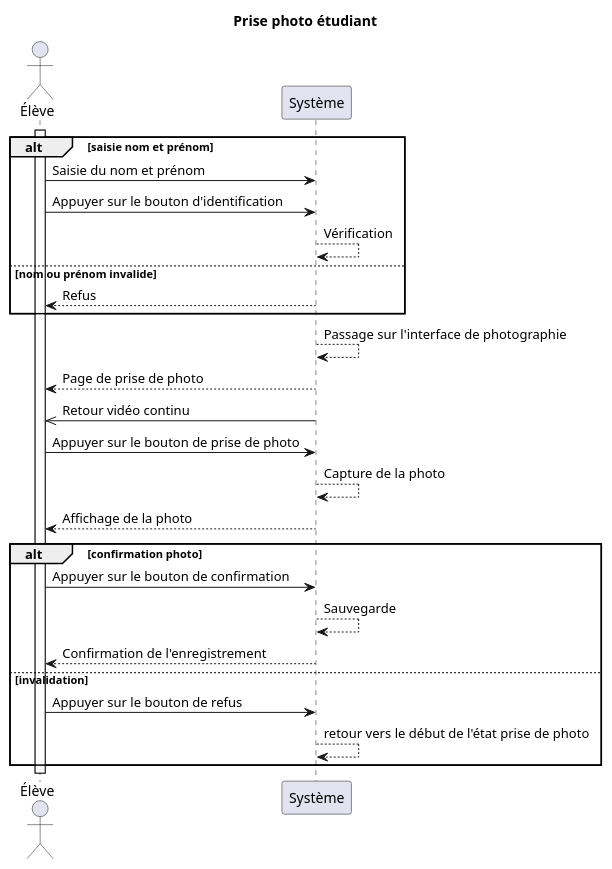
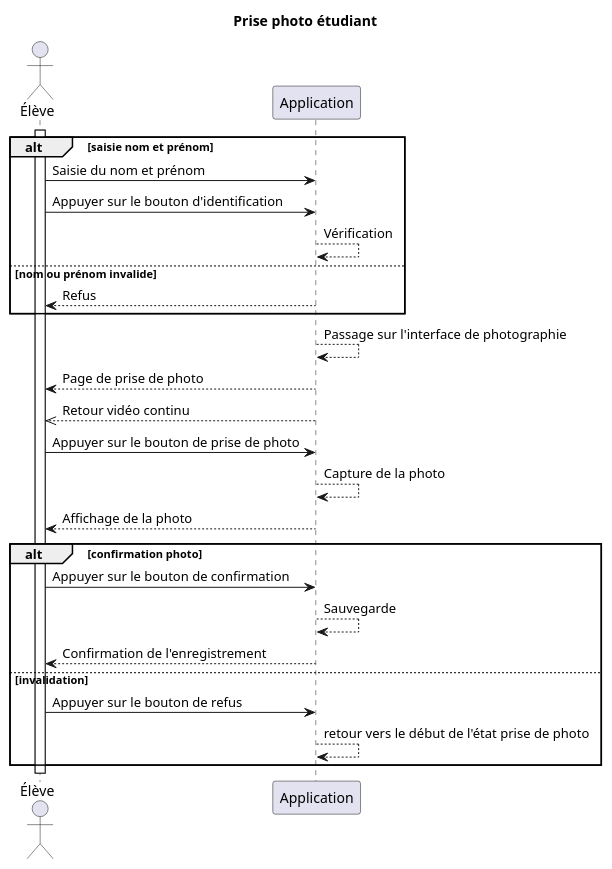
The diagram in Diagrammes/use_case_etudiant_prend_photo.wsd (pandadorable/Trombinoscope), drawn with PlantUML before and after one commit. The commit also changed 2 other files, not shown here.

Commit message:
diagrammes : add api, fix composant, fix traitement

```diff
--- a/Diagrammes/use_case_etudiant_prend_photo.wsd
+++ b/Diagrammes/use_case_etudiant_prend_photo.wsd
@@ -1,30 +1,30 @@
 @startuml etudiant_prend_photo
 title Prise photo étudiant
 actor Élève
 activate Élève
 alt saisie nom et prénom
-     Élève-> Système: Saisie du nom et prénom
-     Élève-> Système: Appuyer sur le bouton d'identification
-     Système--> Système : Vérification
+     Élève-> Application: Saisie du nom et prénom
+     Élève-> Application: Appuyer sur le bouton d'identification
+     Application--> Application : Vérification
 else nom ou prénom invalide
-     Système--> Élève: Refus
+     Application--> Élève: Refus
 end
 
-Système--> Système : Passage sur l'interface de photographie
-Système--> Élève: Page de prise de photo
-Système->> Élève: Retour vidéo continu
+Application--> Application : Passage sur l'interface de photographie
+Application--> Élève: Page de prise de photo
+Application-->> Élève: Retour vidéo continu
 
-Élève-> Système: Appuyer sur le bouton de prise de photo
-Système--> Système : Capture de la photo
-Système--> Élève: Affichage de la photo
+Élève-> Application: Appuyer sur le bouton de prise de photo
+Application--> Application : Capture de la photo
+Application--> Élève: Affichage de la photo
 
 
 alt confirmation photo
-     Élève-> Système: Appuyer sur le bouton de confirmation
-     Système--> Système : Sauvegarde
-     Système--> Élève: Confirmation de l'enregistrement
+     Élève-> Application: Appuyer sur le bouton de confirmation
+     Application--> Application : Sauvegarde
+     Application--> Élève: Confirmation de l'enregistrement
 else invalidation
-     Élève-> Système: Appuyer sur le bouton de refus
-     Système--> Système : retour vers le début de l'état prise de photo
+     Élève-> Application: Appuyer sur le bouton de refus
+     Application--> Application : retour vers le début de l'état prise de photo
 end
 @enduml
```
